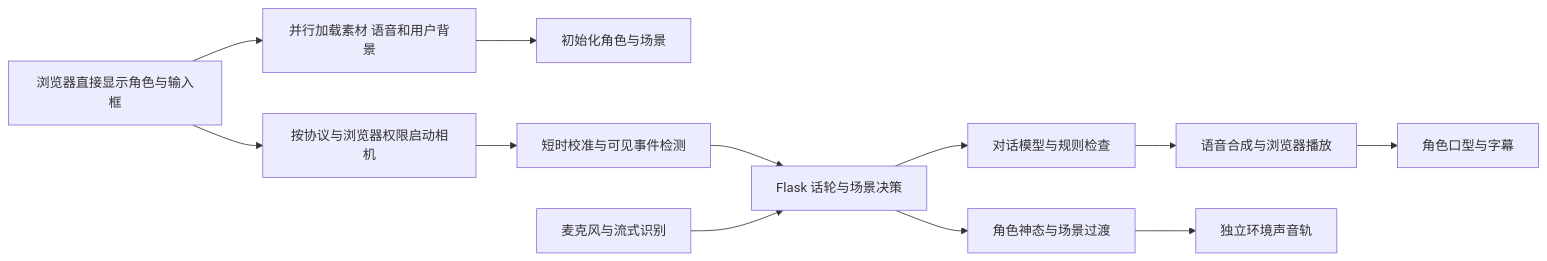
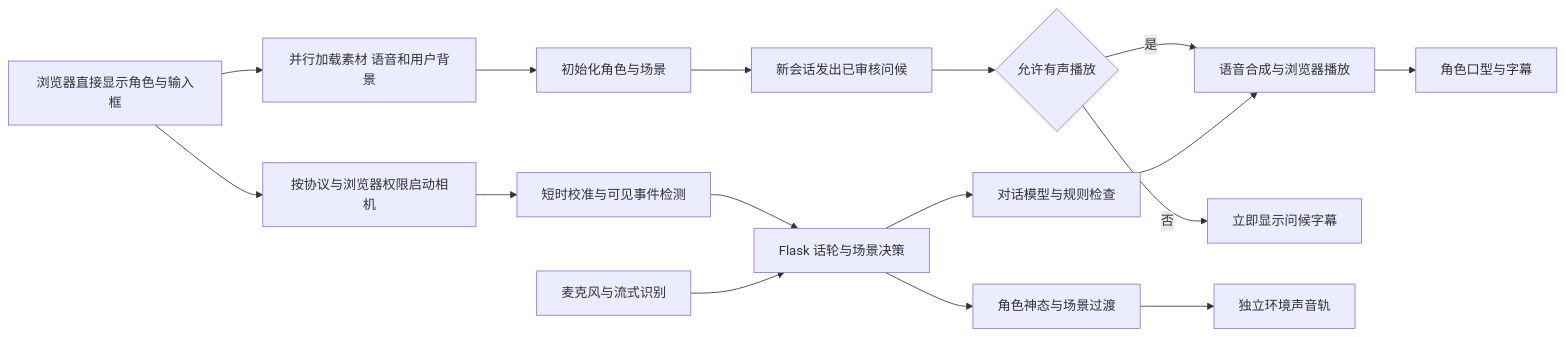
One commit to XiaoBaner/Computer_Version changed the diagram in docs/demo-development-baseline.md. Above: the diagram before and after it, drawn with Mermaid. The commit also changed other lines of this file and 8 other files, not shown here.

````diff
--- a/docs/demo-development-baseline.md
+++ b/docs/demo-development-baseline.md
@@ -51,14 +53,18 @@
 ```mermaid
 flowchart LR
   UI[浏览器直接显示角色与输入框] --> Load[并行加载素材 语音和用户背景]
   Load --> Setup[初始化角色与场景]
+  Setup --> Hello[新会话发出已审核问候]
+  Hello --> Mode{允许有声播放}
+  Mode -->|是| Speech
+  Mode -->|否| Text[立即显示问候字幕]
   UI --> Camera[按协议与浏览器权限启动相机]
   Camera --> CV[短时校准与可见事件检测]
   CV --> Turn[Flask 话轮与场景决策]
   Mic[麦克风与流式识别] --> Turn
   Turn --> Rules[对话模型与规则检查]
   Rules --> Speech[语音合成与浏览器播放]
   Speech --> Face[角色口型与字幕]
   Turn --> Room[角色神态与场景过渡]
   Room --> Sound[独立环境声音轨]
 ```
````
